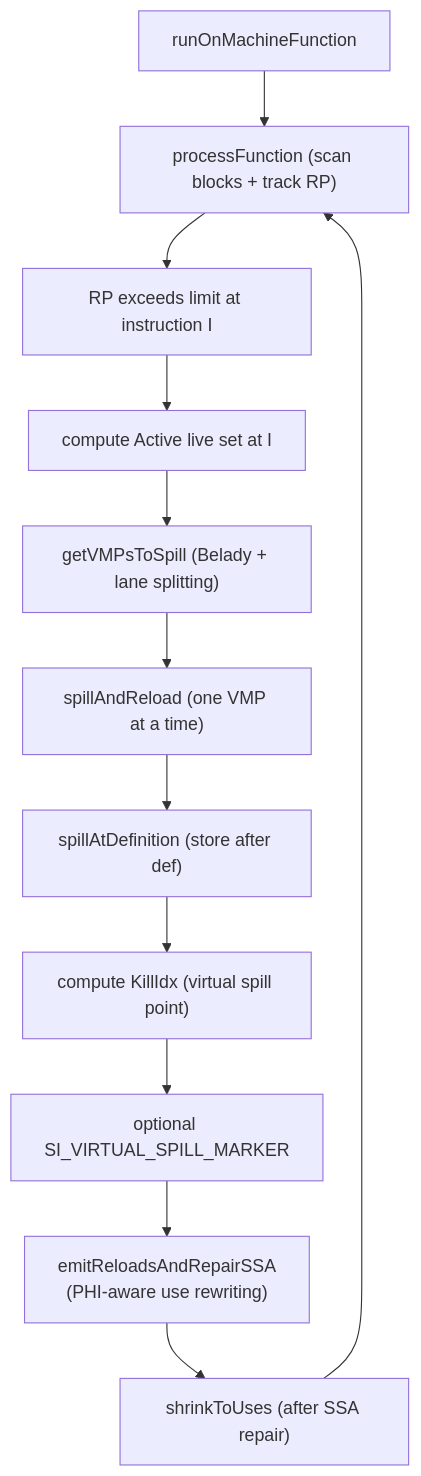
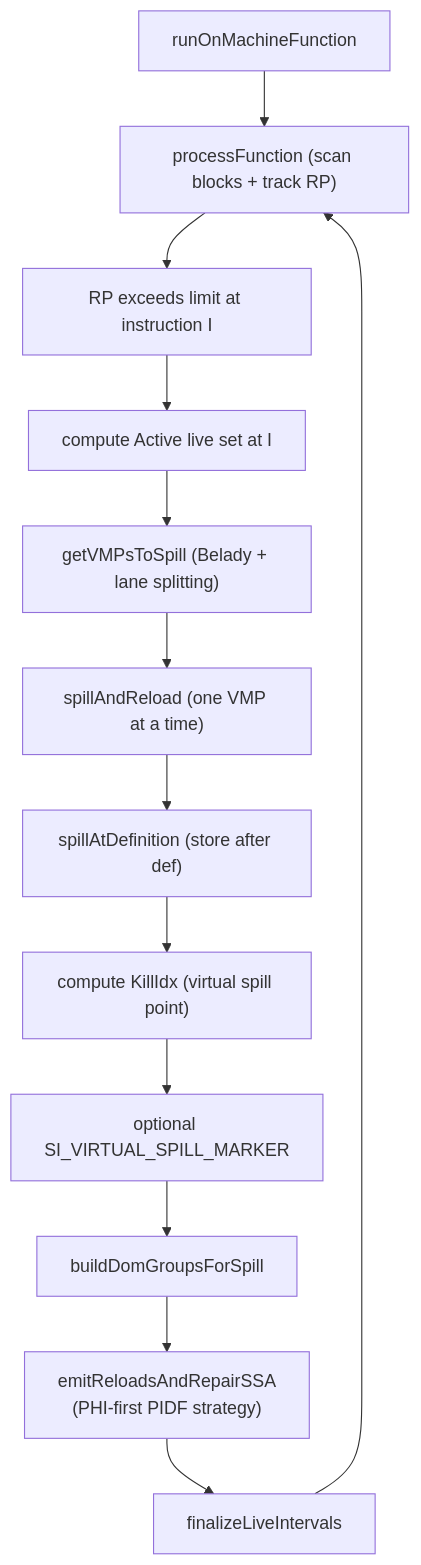
Before and after one commit to alex-t/ssa-spiller-docs: the fourth of 15 diagrams in SSA_Spiller/04-Design/SSA_SPILLER_DESIGN.md, drawn with Mermaid. The commit also changed other lines of this file, not shown here.

````diff
--- a/SSA_Spiller/04-Design/SSA_SPILLER_DESIGN.md
+++ b/SSA_Spiller/04-Design/SSA_SPILLER_DESIGN.md
@@ -117,14 +185,15 @@
 ```mermaid
 flowchart TD
   entry["runOnMachineFunction"] --> procFn["processFunction (scan blocks + track RP)"]
   procFn --> highRP["RP exceeds limit at instruction I"]
   highRP --> liveSet["compute Active live set at I"]
   liveSet --> pick["getVMPsToSpill (Belady + lane splitting)"]
   pick --> perVmp["spillAndReload (one VMP at a time)"]
   perVmp --> storeDef["spillAtDefinition (store after def)"]
   storeDef --> killIdx["compute KillIdx (virtual spill point)"]
   killIdx --> marker["optional SI_VIRTUAL_SPILL_MARKER"]
-  marker --> reloads["emitReloadsAndRepairSSA<br/>(PHI-aware use rewriting)"]
-  reloads --> shrink["shrinkToUses (after SSA repair)"]
+  marker --> buildGroups["buildDomGroupsForSpill"]
+  buildGroups --> reloads["emitReloadsAndRepairSSA<br/>(PHI-first PIDF strategy)"]
+  reloads --> shrink["finalizeLiveIntervals"]
   shrink --> procFn
 ```
````
